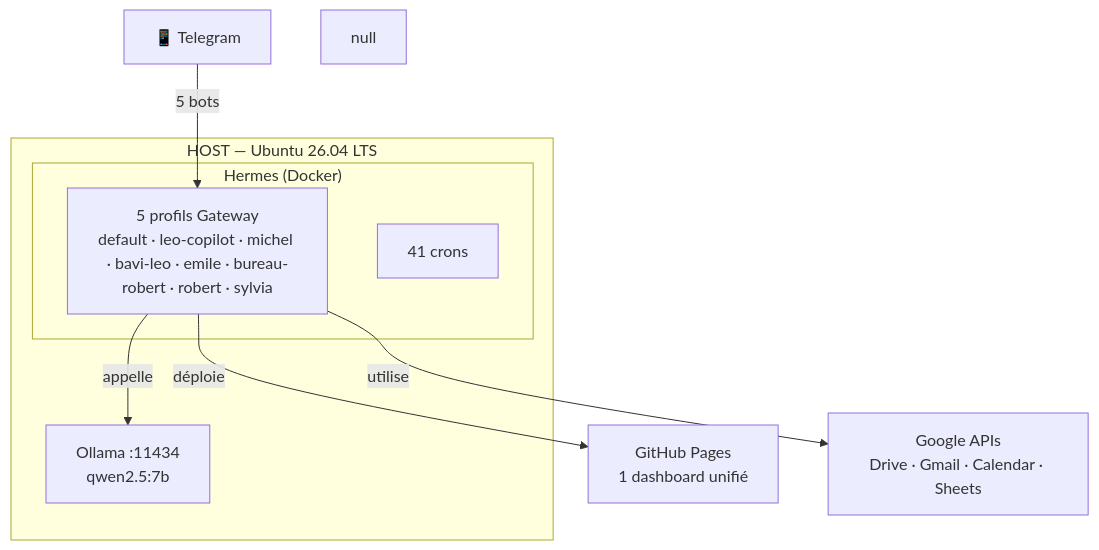
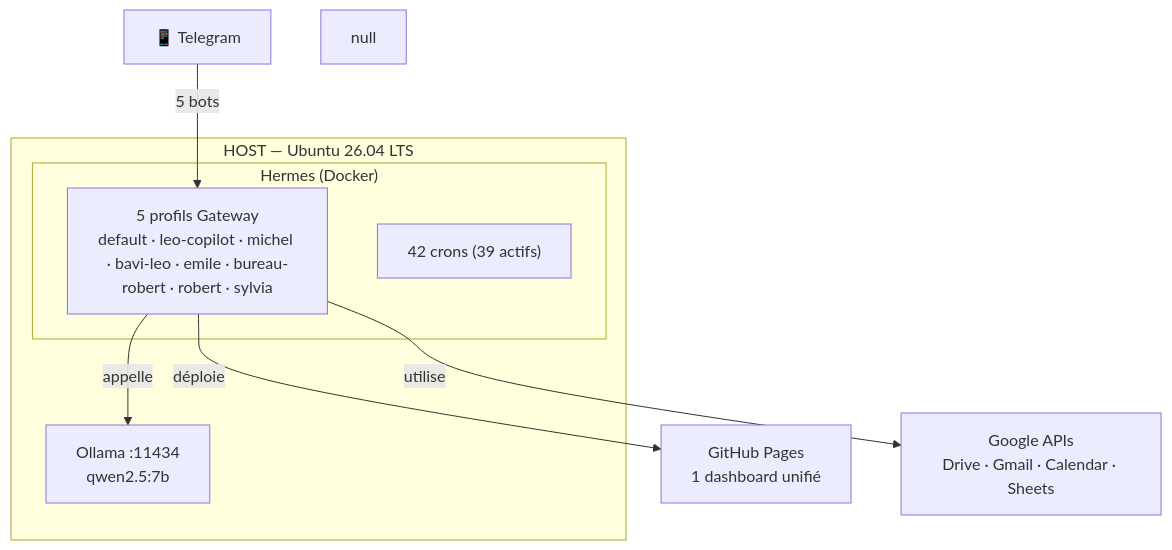
Before and after one commit to christophedanhier-hash/hermes-wiki: the diagram in docs/hermes/installation/linux.md, drawn with Mermaid. The commit also changed other lines of this file and 60 other files, not shown here.

````diff
--- a/docs/hermes/installation/linux.md
+++ b/docs/hermes/installation/linux.md
@@ -127,16 +127,16 @@
 ```mermaid
 graph TB
     subgraph HOST["HOST — Ubuntu 26.04 LTS"]
         Ollama["Ollama :11434<br/>qwen2.5:7b"]
         subgraph Docker["Hermes (Docker)"]
             GW["5 profils Gateway<br/>default · leo-copilot · michel · bavi-leo · emile · bureau-robert · robert · sylvia"]
-            Crons["41 crons"]
+            Crons["42 crons (39 actifs)"]
         end
     end
     
     Telegram["📱 Telegram"] -->|"5 bots"| GW
     GW -->|"déploie"| GH["GitHub Pages<br/>1 dashboard unifié"]
     GW -->|"utilise"| Google["Google APIs<br/>Drive · Gmail · Calendar · Sheets"]
     GW -->|"appelle"| Ollama
     null
 ```
````
